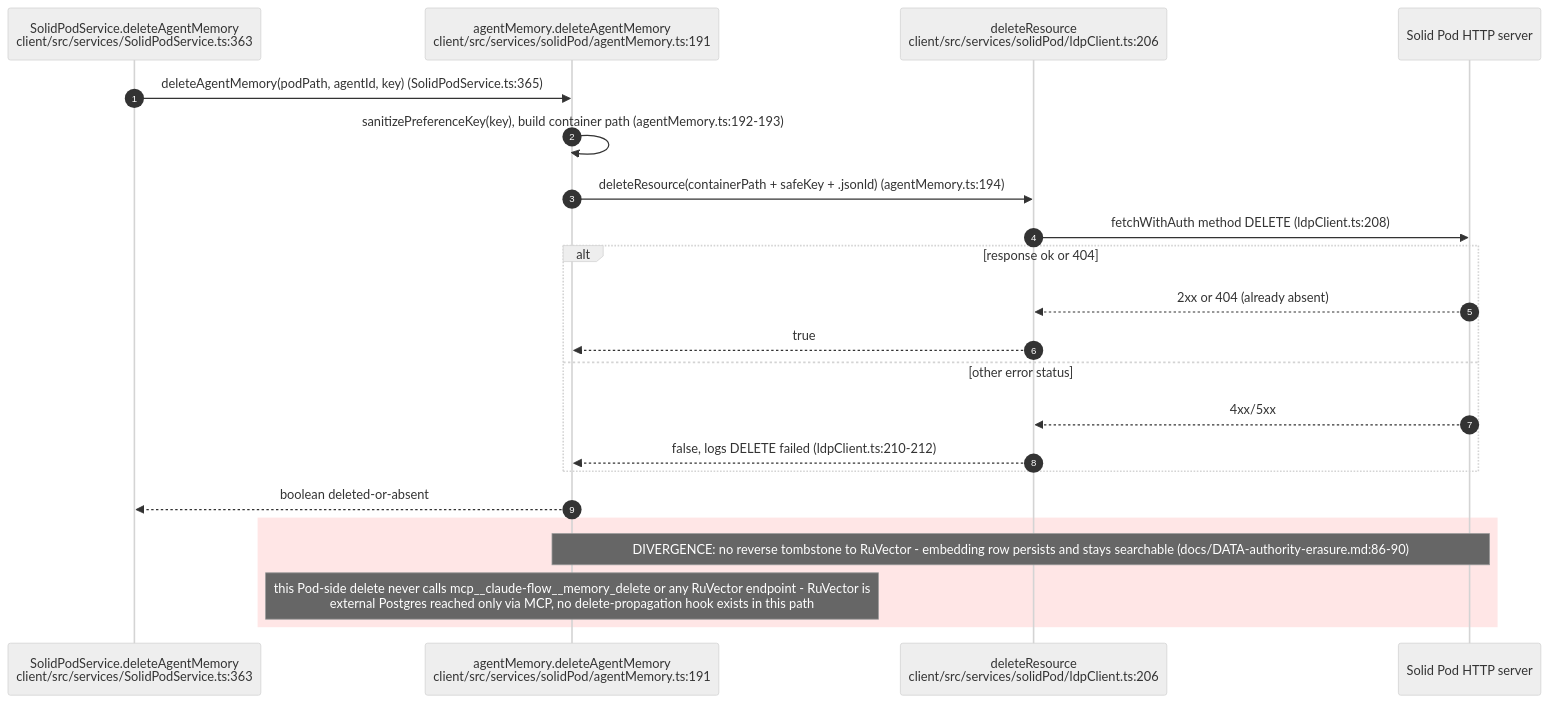
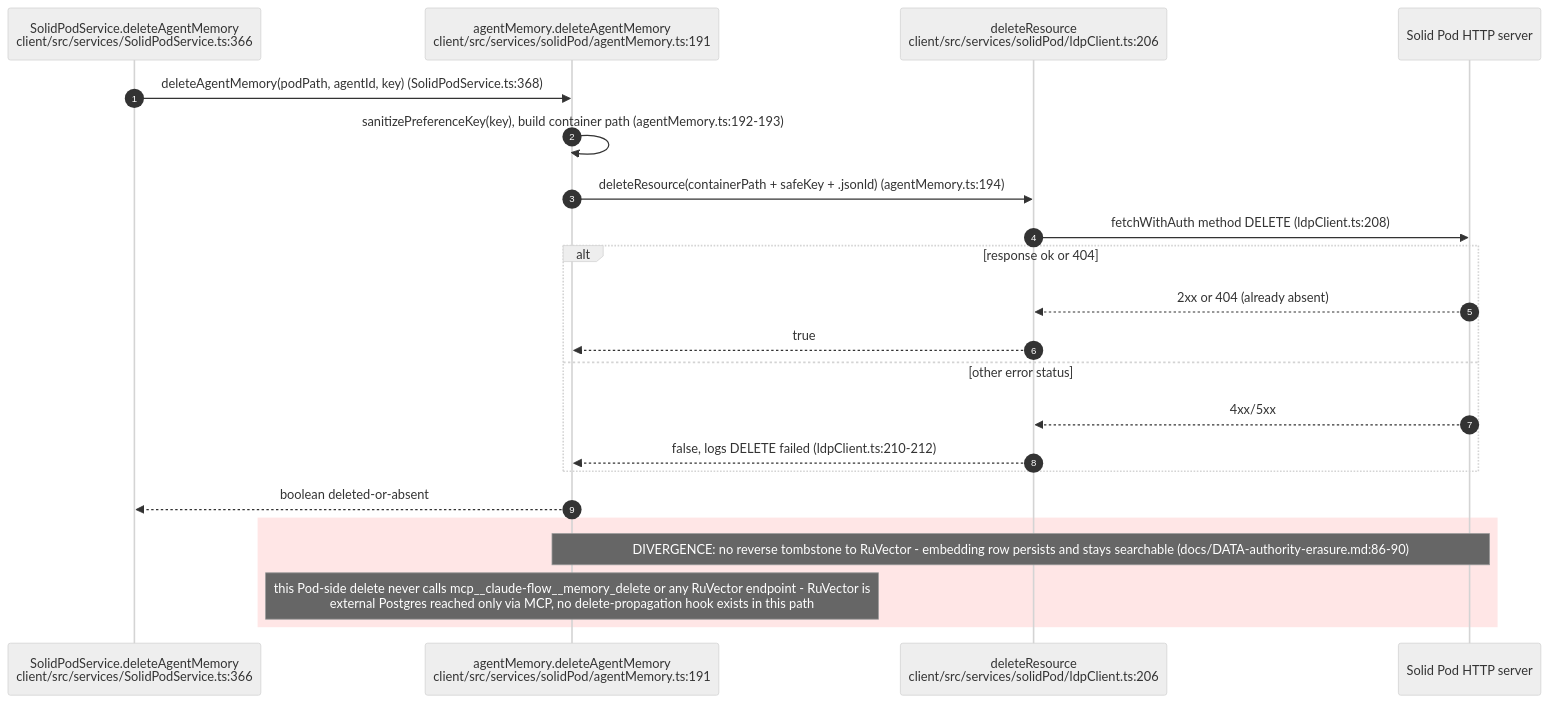
One commit to DreamLab-AI/AR-AI-Knowledge-Graph changed the sixth of 11 diagrams in docs/diagrams/visionclaw/22-data-authority-provenance-erasure.md. Above: the diagram before and after it, drawn with Mermaid (neutral theme). The commit also changed other lines of this file and 73 other files, not shown here.

First line of the commit message:
docs(diagrams): re-verify all 71 topic files against HEAD; add --cite-check

````diff
--- a/docs/diagrams/visionclaw/22-data-authority-provenance-erasure.md
+++ b/docs/diagrams/visionclaw/22-data-authority-provenance-erasure.md
@@ -272,25 +272,25 @@
 ```mermaid
 sequenceDiagram
     autonumber
-    participant UI as SolidPodService.deleteAgentMemory<br/>client/src/services/SolidPodService.ts:363
+    participant UI as SolidPodService.deleteAgentMemory<br/>client/src/services/SolidPodService.ts:366
     participant MEM as agentMemory.deleteAgentMemory<br/>client/src/services/solidPod/agentMemory.ts:191
     participant LDP as deleteResource<br/>client/src/services/solidPod/ldpClient.ts:206
     participant POD as Solid Pod HTTP server
 
-    UI->>MEM: deleteAgentMemory(podPath, agentId, key) (SolidPodService.ts:365)
+    UI->>MEM: deleteAgentMemory(podPath, agentId, key) (SolidPodService.ts:368)
     MEM->>MEM: sanitizePreferenceKey(key), build container path (agentMemory.ts:192-193)
     MEM->>LDP: deleteResource(containerPath + safeKey + .jsonld) (agentMemory.ts:194)
     LDP->>POD: fetchWithAuth method DELETE (ldpClient.ts:208)
     alt response ok or 404
         POD-->>LDP: 2xx or 404 (already absent)
         LDP-->>MEM: true
     else other error status
         POD-->>LDP: 4xx/5xx
         LDP-->>MEM: false, logs DELETE failed (ldpClient.ts:210-212)
     end
     MEM-->>UI: boolean deleted-or-absent
     rect rgb(255, 230, 230)
         Note over MEM,POD: DIVERGENCE: no reverse tombstone to RuVector - embedding row persists and stays searchable (docs/DATA-authority-erasure.md:86-90)
         Note over MEM: this Pod-side delete never calls mcp__claude-flow__memory_delete or any RuVector endpoint - RuVector is<br/>external Postgres reached only via MCP, no delete-propagation hook exists in this path
     end
 ```
````
